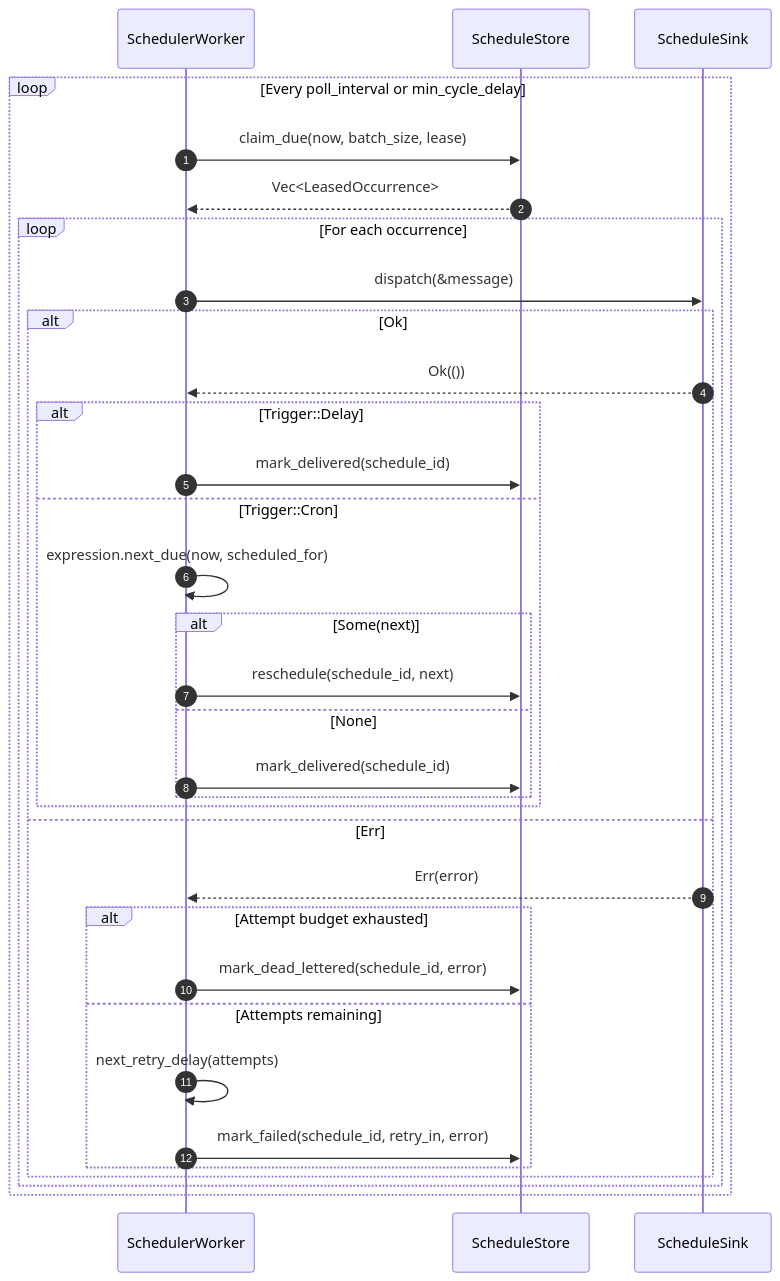
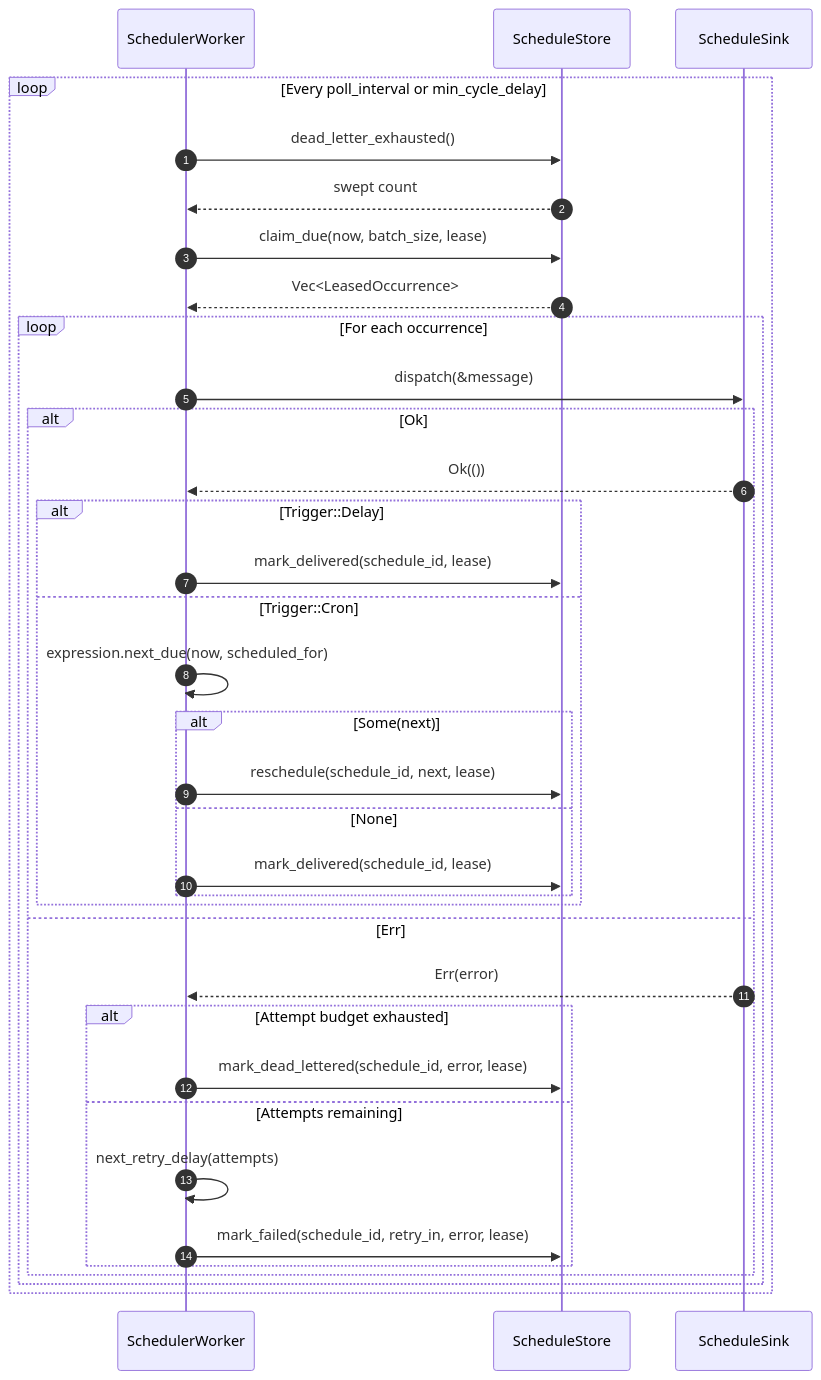
One commit to nubster-opensources/hexeract changed the second of 2 diagrams in docs/architecture/scheduler-flow.md. Above: the diagram before and after it, drawn with Mermaid. The commit also changed 29 other files, not shown here.

````diff
--- a/docs/architecture/scheduler-flow.md
+++ b/docs/architecture/scheduler-flow.md
@@ -40,36 +40,38 @@
 ```mermaid
 sequenceDiagram
     autonumber
     participant Worker as SchedulerWorker
     participant Store as ScheduleStore
     participant Sink as ScheduleSink
 
     loop Every poll_interval or min_cycle_delay
+        Worker->>Store: dead_letter_exhausted()
+        Store-->>Worker: swept count
         Worker->>Store: claim_due(now, batch_size, lease)
         Store-->>Worker: Vec<LeasedOccurrence>
         loop For each occurrence
             Worker->>Sink: dispatch(&message)
             alt Ok
                 Sink-->>Worker: Ok(())
                 alt Trigger::Delay
-                    Worker->>Store: mark_delivered(schedule_id)
+                    Worker->>Store: mark_delivered(schedule_id, lease)
                 else Trigger::Cron
                     Worker->>Worker: expression.next_due(now, scheduled_for)
                     alt Some(next)
-                        Worker->>Store: reschedule(schedule_id, next)
+                        Worker->>Store: reschedule(schedule_id, next, lease)
                     else None
-                        Worker->>Store: mark_delivered(schedule_id)
+                        Worker->>Store: mark_delivered(schedule_id, lease)
                     end
                 end
             else Err
                 Sink-->>Worker: Err(error)
                 alt Attempt budget exhausted
-                    Worker->>Store: mark_dead_lettered(schedule_id, error)
+                    Worker->>Store: mark_dead_lettered(schedule_id, error, lease)
                 else Attempts remaining
                     Worker->>Worker: next_retry_delay(attempts)
-                    Worker->>Store: mark_failed(schedule_id, retry_in, error)
+                    Worker->>Store: mark_failed(schedule_id, retry_in, error, lease)
                 end
             end
         end
     end
 ```
````
